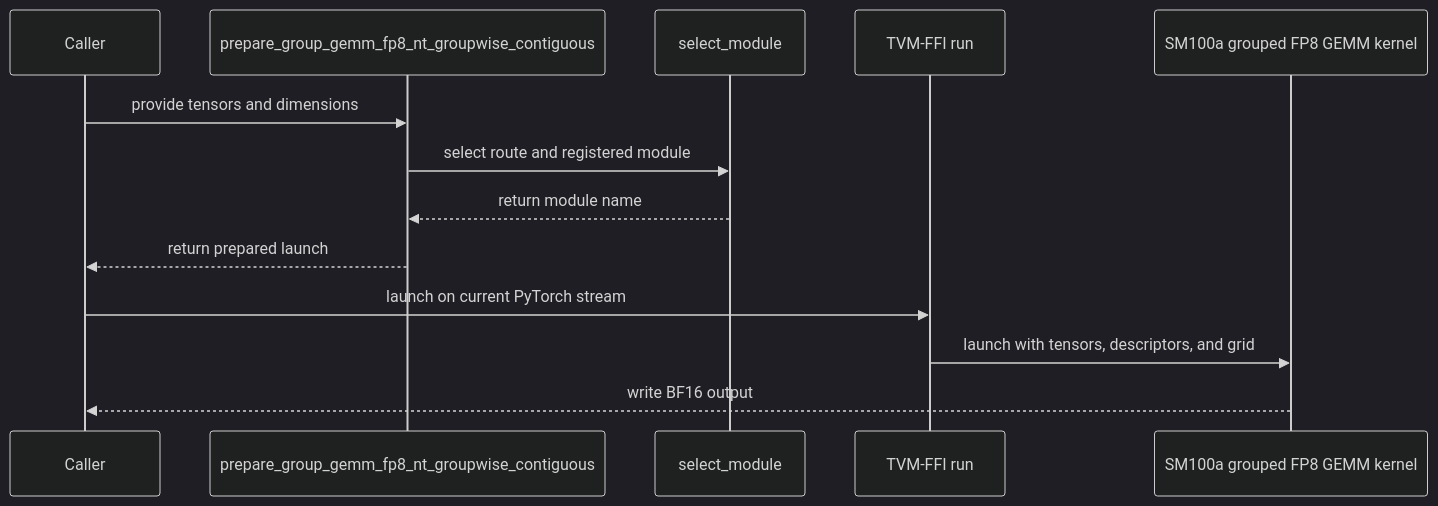
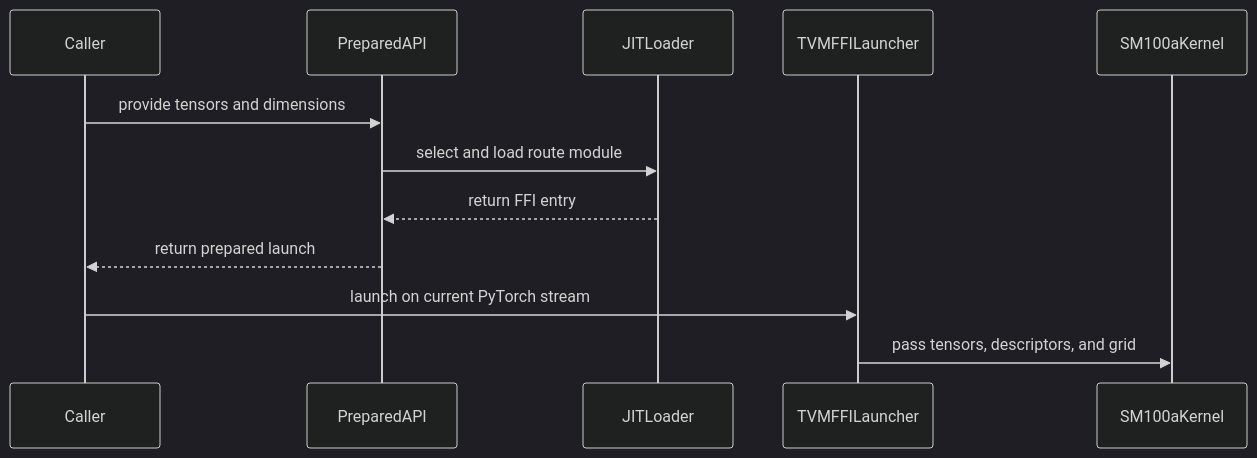
One commit to vincenjiang0707/ai-infra-knowledge-sources changed the diagram in sources/SRC-068/github_details/gh_bfb54282/pr_5500.md. Above: the diagram before and after it, drawn with Mermaid (dark theme). The commit also changed other lines of this file and 7887 other files, not shown here.

````diff
--- a/sources/SRC-068/github_details/gh_bfb54282/pr_5500.md
+++ b/sources/SRC-068/github_details/gh_bfb54282/pr_5500.md
@@ -304,15 +341,14 @@
 ```mermaid
 sequenceDiagram
   participant Caller
-  participant PreparedAPI as prepare_group_gemm_fp8_nt_groupwise_contiguous
-  participant ModuleSelector as select_module
-  participant TVMFFI as TVM-FFI run
-  participant Kernel as SM100a grouped FP8 GEMM kernel
+  participant PreparedAPI
+  participant JITLoader
+  participant TVMFFILauncher
+  participant SM100aKernel
   Caller->>PreparedAPI: provide tensors and dimensions
-  PreparedAPI->>ModuleSelector: select route and registered module
-  ModuleSelector-->>PreparedAPI: return module name
+  PreparedAPI->>JITLoader: select and load route module
+  JITLoader-->>PreparedAPI: return FFI entry
   PreparedAPI-->>Caller: return prepared launch
-  Caller->>TVMFFI: launch on current PyTorch stream
-  TVMFFI->>Kernel: launch with tensors, descriptors, and grid
-  Kernel-->>Caller: write BF16 output
+  Caller->>TVMFFILauncher: launch on current PyTorch stream
+  TVMFFILauncher->>SM100aKernel: pass tensors, descriptors, and grid
 ```
````
